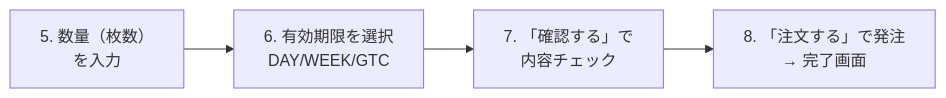
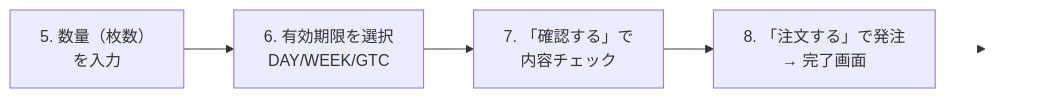
One commit to KazuyaMurayama/NASDAQ_backtest changed the fourth of 6 diagrams in SBI_KABU365_NASDAQ_GUIDE_20260624.md. Above: the diagram before and after it, drawn with Mermaid. The commit also changed other lines of this file and 1 other file, not shown here.

First line of the commit message:
fix(guide): Mermaid右上ズームUIの文字被りを透明スペーサーで回避＋可視化ルールに恒久対策を明文化

````diff
--- a/SBI_KABU365_NASDAQ_GUIDE_20260624.md
+++ b/SBI_KABU365_NASDAQ_GUIDE_20260624.md
@@ -192,4 +203,7 @@
 ```mermaid
 flowchart LR
     S5["5. 数量（枚数）<br/>を入力"] --> S6["6. 有効期限を選択<br/>DAY/WEEK/GTC"] --> S7["7. 「確認する」で<br/>内容チェック"] --> S8["8. 「注文する」で発注<br/>→ 完了画面"]
+    S8 --> Z["　　　　　　　　"]
+    linkStyle 3 stroke-width:0px
+    style Z fill:transparent,stroke:transparent,color:transparent
 ```
````
